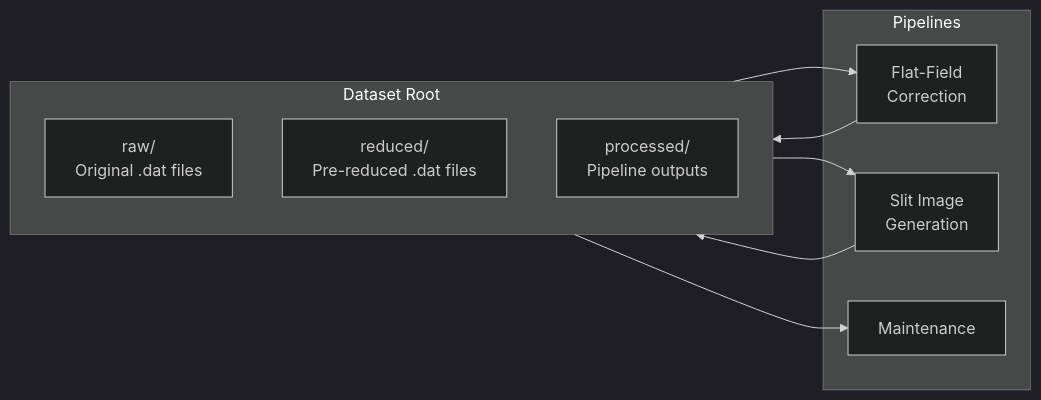
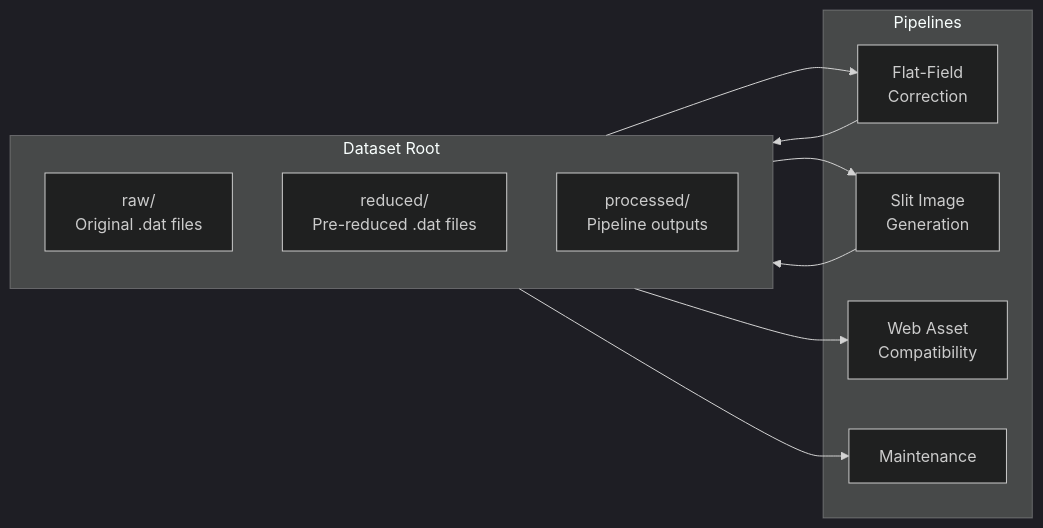
One commit to cdeldon/irsol-data-pipeline changed the second of 2 diagrams in docs/overview/architecture.md. Above: the diagram before and after it, drawn with Mermaid (dark theme). The commit also changed other lines of this file and 35 other files, not shown here.

First line of the commit message:
Web asset compatibility models and pipeline (#31)

````diff
--- a/docs/overview/architecture.md
+++ b/docs/overview/architecture.md
@@ -119,21 +151,23 @@
 ```mermaid
 flowchart LR
     subgraph Dataset["Dataset Root"]
         direction TB
         RAW["raw/ <br/> Original .dat files"]
         RED["reduced/ <br/> Pre-reduced .dat files"]
         PROC["processed/ <br/> Pipeline outputs"]
     end
 
     subgraph Pipelines
         FF["Flat-Field<br/>Correction"]
         SLIT["Slit Image<br/>Generation"]
+        WEB["Web Asset<br/>Compatibility"]
         MAINT["Maintenance"]
     end
 
     RED --> FF
     RED --> SLIT
     FF --> PROC
     SLIT --> PROC
+    PROC --> WEB
     PROC --> MAINT
 ```
````
